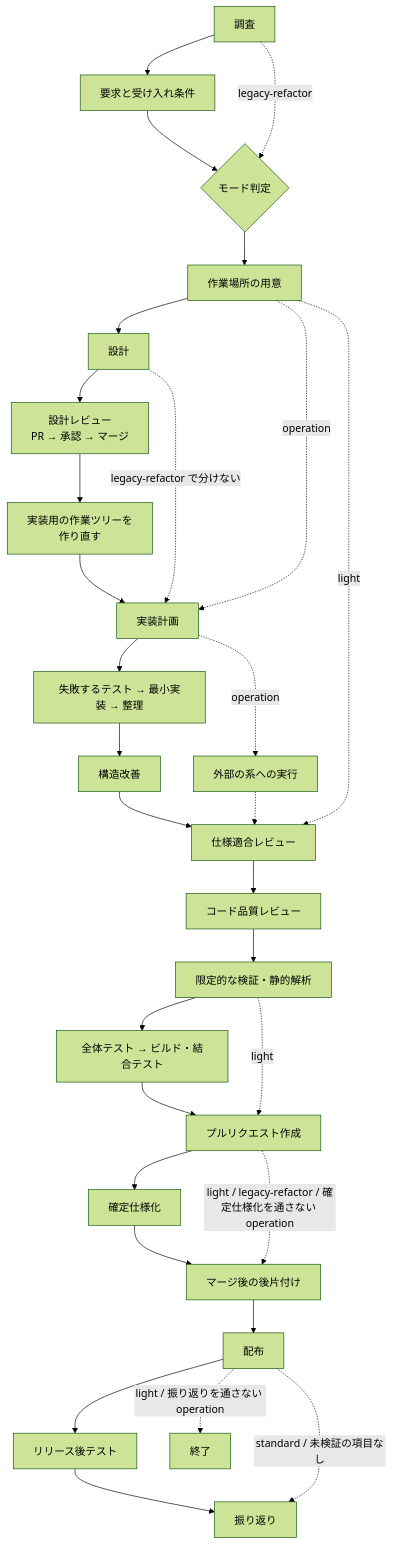
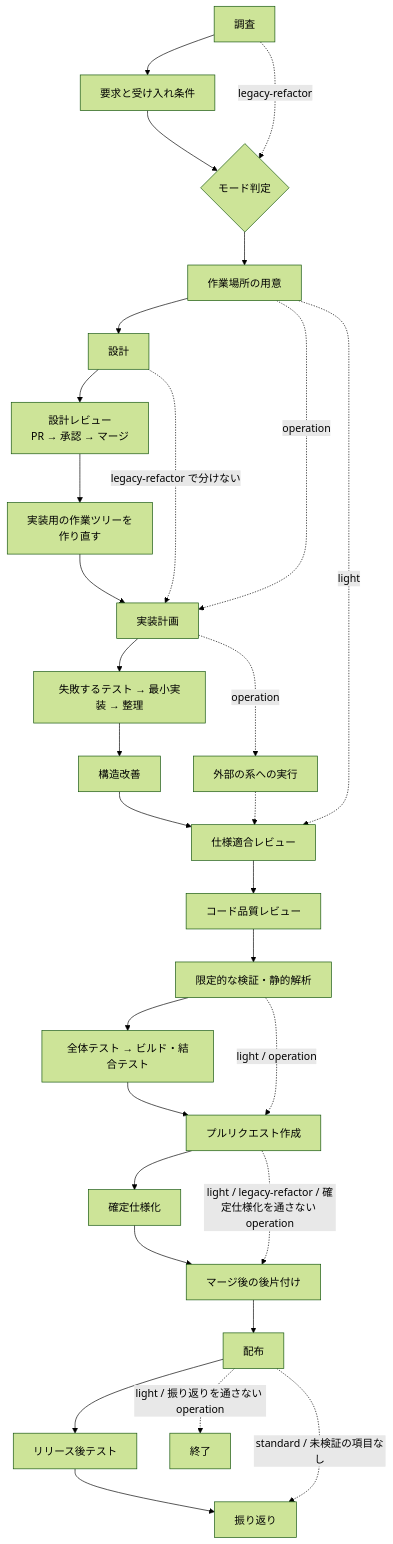
One commit to devbasex/ai-plugins changed the second of 2 diagrams in plugins/ndf/skills/development-workflow/SKILL.md. Above: the diagram before and after it, drawn with Mermaid (forest theme). The commit also changed other lines of this file, not shown here.

Commit message:
Fix: 標準フロー図で operation が全体テストを飛ばす経路を足す（#423）
図では operation が N（全体テスト → ビルド・結合テスト）を通る形になっていたが、
quality-gates は operation へ段階 3 までしか課さない。図と規約が食い違っていた。

K -.->|light / operation| L の破線を足し、通らない理由を説明へ書いた。

Refs #423

Claude-Session: https://claude.ai/code/session_01Cs8PEL4uC7r5SfVQde4Veb

````diff
--- a/plugins/ndf/skills/development-workflow/SKILL.md
+++ b/plugins/ndf/skills/development-workflow/SKILL.md
@@ -330,32 +330,32 @@
 ```mermaid
 flowchart TD
     A[調査] --> B[要求と受け入れ条件]
     B --> D{モード判定}
     D --> S[作業場所の用意]
     S --> C[設計]
     C --> F[設計レビュー<br/>PR → 承認 → マージ]
     F --> W[実装用の作業ツリーを<br/>作り直す]
     W --> G[実装計画]
     G --> H[失敗するテスト → 最小実装 → 整理]
     H --> R[構造改善]
     R --> I[仕様適合レビュー]
     I --> J[コード品質レビュー]
     J --> K[限定的な検証・静的解析]
     K --> N[全体テスト → ビルド・結合テスト]
     N --> L[プルリクエスト作成]
     L --> M[確定仕様化]
     M --> P[マージ後の後片付け]
     P --> RL[配布]
     RL --> Q[リリース後テスト]
     Q --> T[振り返り]
     RL -.->|standard / 未検証の項目なし| T
     A -.->|legacy-refactor| D
     C -.->|legacy-refactor で分けない| G
     S -.->|operation| G
     G -.->|operation| X[外部の系への実行]
     X -.-> I
     S -.->|light| I
-    K -.->|light| L
+    K -.->|light / operation| L
     L -.->|light / legacy-refactor / 確定仕様化を通さない operation| P
     RL -.->|light / 振り返りを通さない operation| Z[終了]
 ```
````
